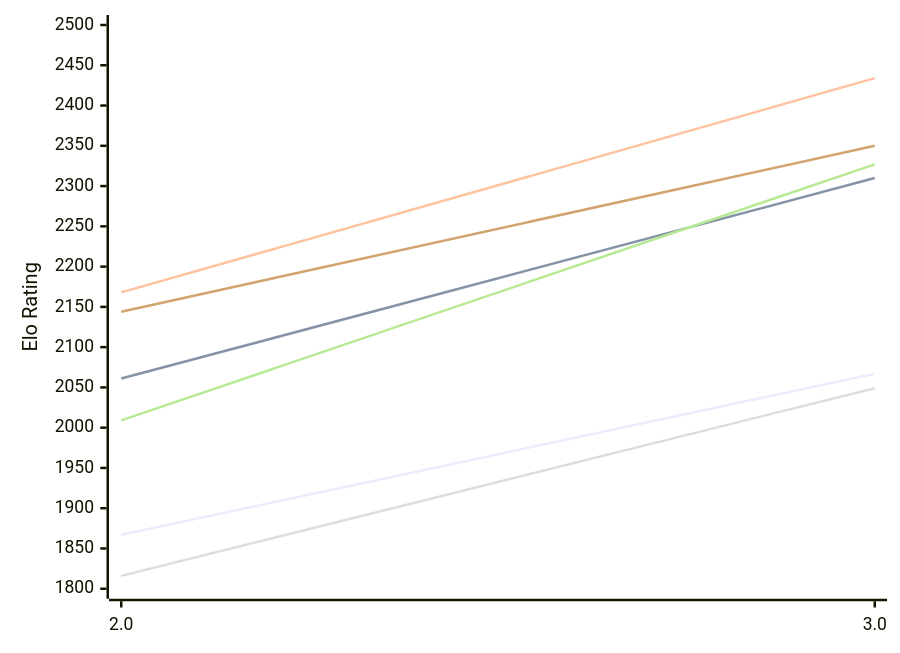
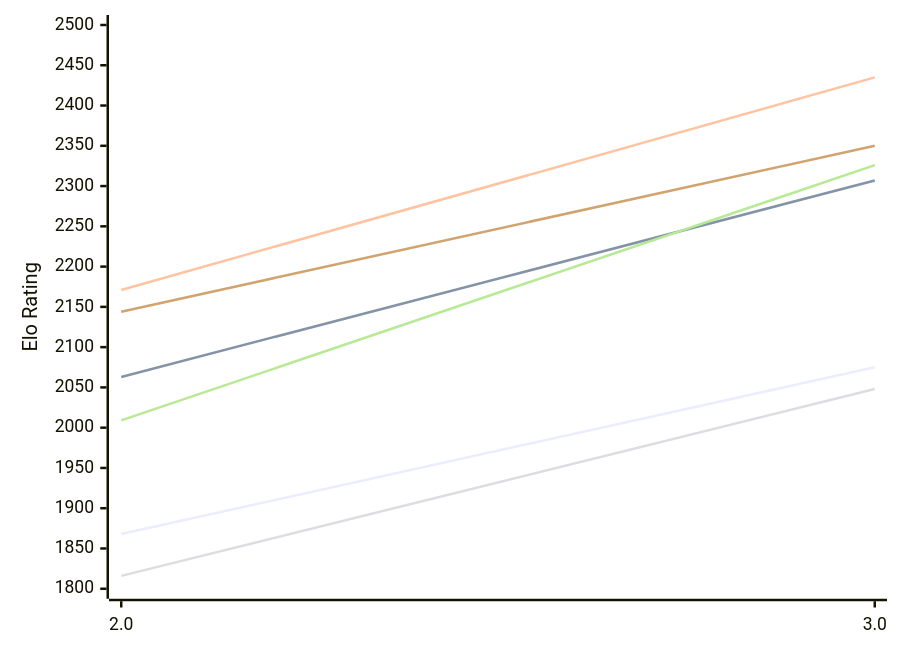
The first of 2 diagrams in engines/Zeno.md (computer-chess-index/cci), drawn with Mermaid before and after one commit. The commit also changed other lines of this file, not shown here.

Commit message:
Update CCI Ratings (ELO VLTC) - 2026-11-22

````diff
--- a/engines/Zeno.md
+++ b/engines/Zeno.md
@@ -50,12 +50,12 @@
 ```mermaid
 %%{init: {"theme":"base","themeVariables":{"seriesColors:['#a3a3a3','#222221','#faa371']}}}%%
 xychart-beta
   x-axis ["2.0", "3.0"]
   y-axis "Elo Rating" 1800 --> 2500
-  line "E1: STC (8.0+0.08s)" [1867, 2067]
-  line "E1: LTC (60.0+0.60s)" [2061, 2310]
-  line "E1: VLTC (2m24s+1.12s)" [2168, 2434]
-  line "P1: STC (8.0+0.08s)" [1816, 2049]
-  line "P1: LTC (60.0+0.60s)" [2009, 2327]
+  line "E1: STC (8.0+0.08s)" [1868, 2075]
+  line "E1: LTC (60.0+0.60s)" [2063, 2307]
+  line "E1: VLTC (2m24s+1.12s)" [2171, 2435]
+  line "P1: STC (8.0+0.08s)" [1816, 2048]
+  line "P1: LTC (60.0+0.60s)" [2009, 2326]
   line "P1: VLTC (2m24s+1.12s)" [2144, 2350]
 ```
````
